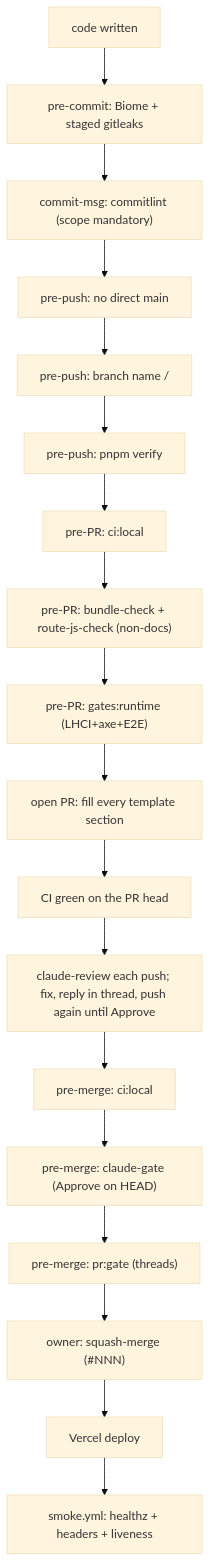
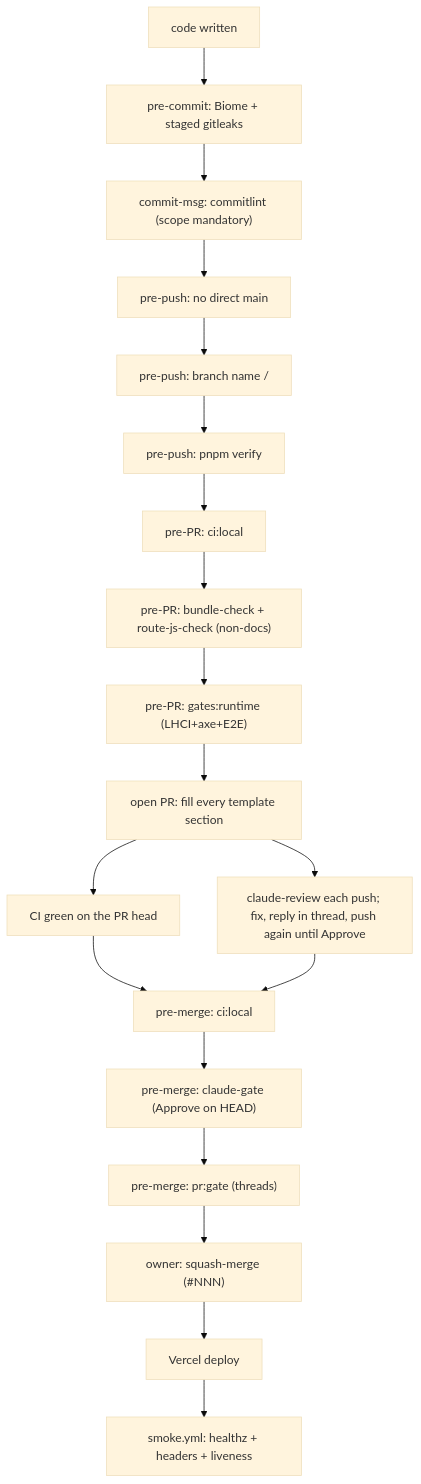
Before and after one commit to erikunha/portfolio: the first of 2 diagrams in docs/handbook/review-merge-release.md, drawn with Mermaid (base theme).

Commit message:
docs(workflow): run ci and claude-review side by side in the gate chain
The diagram still put CI green before the review request, which the new rule drops.

Both now start from the push and join at the pre-merge gates.

````diff
--- a/docs/handbook/review-merge-release.md
+++ b/docs/handbook/review-merge-release.md
@@ -7,20 +7,21 @@
 ```mermaid
 flowchart TD
     write["code written"] --> c1["pre-commit: Biome + staged gitleaks"]
     c1 --> c2["commit-msg: commitlint (scope mandatory)"]
     c2 --> p1["pre-push: no direct main"]
     p1 --> p2["pre-push: branch name <type>/<desc>"]
     p2 --> p5["pre-push: pnpm verify"]
     p5 --> r1["pre-PR: ci:local"]
     r1 --> r2["pre-PR: bundle-check + route-js-check (non-docs)"]
     r2 --> r4["pre-PR: gates:runtime (LHCI+axe+E2E)"]
     r4 --> o1["open PR: fill every template section"]
     o1 --> o1b["CI green on the PR head"]
-    o1b --> o2["claude-review each push; fix, reply in thread, push again until Approve"]
-    o2 --> m1["pre-merge: ci:local"]
+    o1 --> o2["claude-review each push; fix, reply in thread, push again until Approve"]
+    o1b --> m1["pre-merge: ci:local"]
+    o2 --> m1
     m1 --> m3["pre-merge: claude-gate (Approve on HEAD)"]
     m3 --> m4["pre-merge: pr:gate (threads)"]
     m4 --> merge["owner: squash-merge (#NNN)"]
     merge --> deploy["Vercel deploy"]
     deploy --> smoke["smoke.yml: healthz + headers + liveness"]
 ```
````
